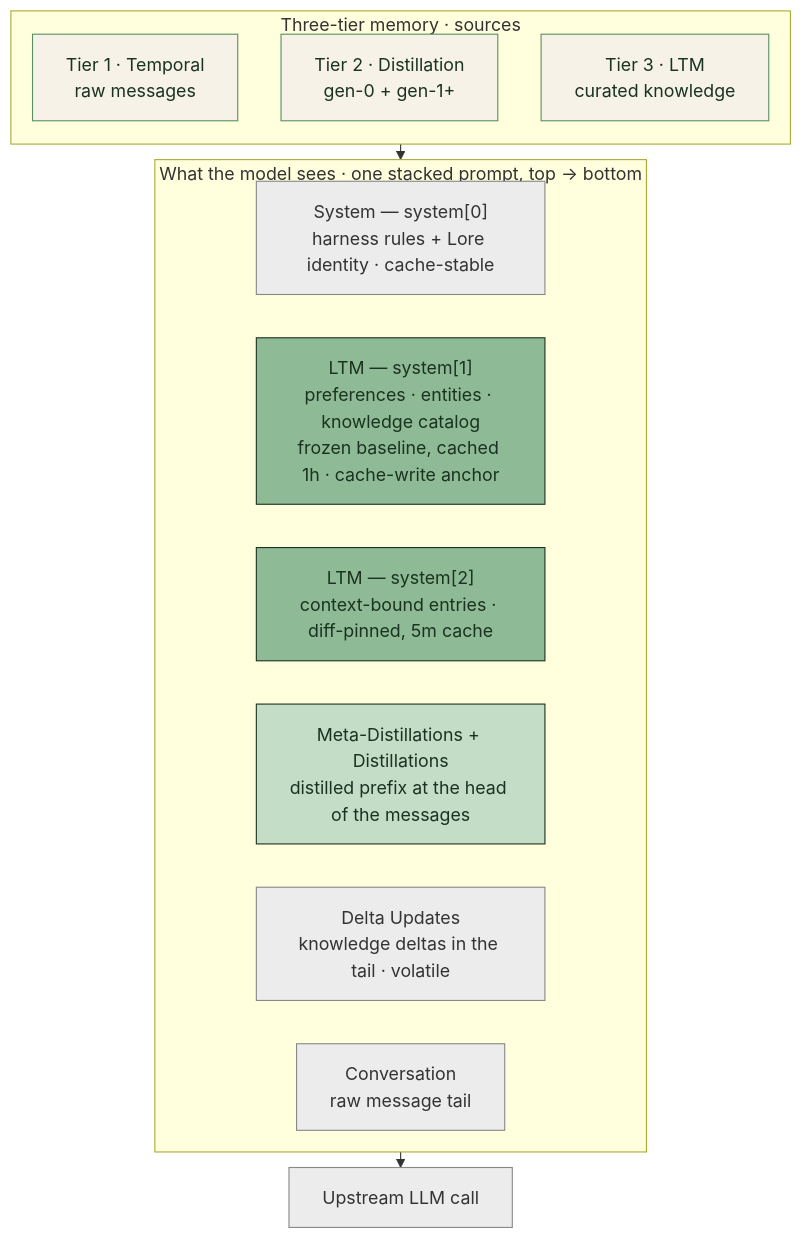
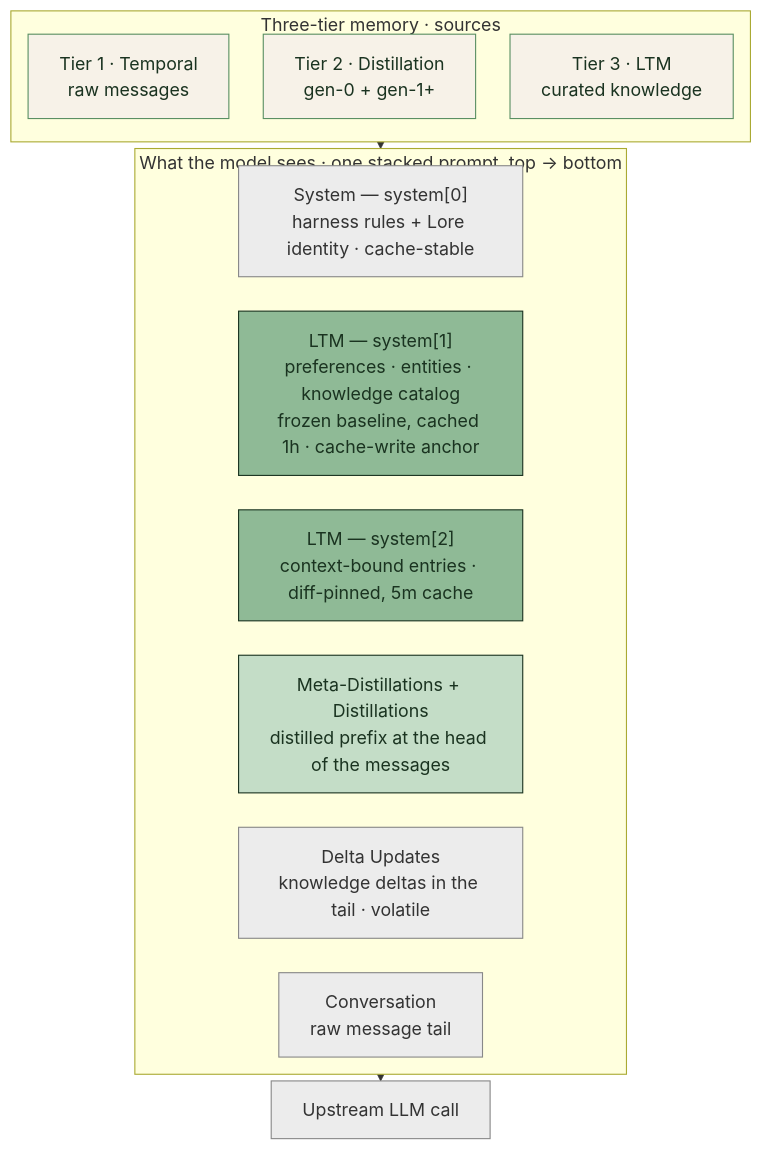
One commit to BYK/loreai changed the second of 5 diagrams in packages/website/src/content/docs/docs/architecture.md. Above: the diagram before and after it, drawn with Mermaid.

Commit message:
docs(website): tighten stacked-prompt spacing, add label padding
Halve the inter-box gap on the context-flow diagram (rankSpacing 14 -> 6)
so the stacked prompt reads as one contiguous block, and add internal
label padding (14) so multi-line box text keeps top/bottom margin.

````diff
--- a/packages/website/src/content/docs/docs/architecture.md
+++ b/packages/website/src/content/docs/docs/architecture.md
@@ -42,31 +42,31 @@
 ```mermaid
-%%{init: {"flowchart": {"nodeSpacing": 22, "rankSpacing": 14}}}%%
+%%{init: {"flowchart": {"nodeSpacing": 22, "rankSpacing": 6, "padding": 14}}}%%
 flowchart TB
     subgraph Sources["Three-tier memory · sources"]
         direction LR
         T1["Tier 1 · Temporal<br/>raw messages"]:::tier
         T2["Tier 2 · Distillation<br/>gen-0 + gen-1+"]:::tier
         T3["Tier 3 · LTM<br/>curated knowledge"]:::tier
         T1 ~~~ T2 ~~~ T3
     end
 
     subgraph Stack["What the model sees · one stacked prompt, top → bottom"]
         direction TB
         B1["System — system[0]<br/>harness rules + Lore identity · cache-stable"]:::sys
         B2["LTM — system[1]<br/>preferences · entities · knowledge catalog<br/>frozen baseline, cached 1h · cache-write anchor"]:::pinned
         B3["LTM — system[2]<br/>context-bound entries · diff-pinned, 5m cache"]:::pinned
         B4["Meta-Distillations + Distillations<br/>distilled prefix at the head of the messages"]:::distill
         B5["Delta Updates<br/>knowledge deltas in the tail · volatile"]:::tail
         B6["Conversation<br/>raw message tail"]:::tail
         B1 ~~~ B2 ~~~ B3 ~~~ B4 ~~~ B5 ~~~ B6
     end
 
     Sources --> Stack --> Call["Upstream LLM call"]:::ext
 
     classDef tier fill:#f7f2e8,stroke:#5a8f63,color:#1a3320
     classDef sys fill:#ececec,stroke:#888,color:#333
     classDef pinned fill:#8fba96,stroke:#1a3320,color:#1a3320
     classDef distill fill:#c4ddc7,stroke:#1a3320,color:#1a3320
     classDef tail fill:#ececec,stroke:#888,color:#333
     classDef ext fill:#ececec,stroke:#888,color:#333
 ```
````
